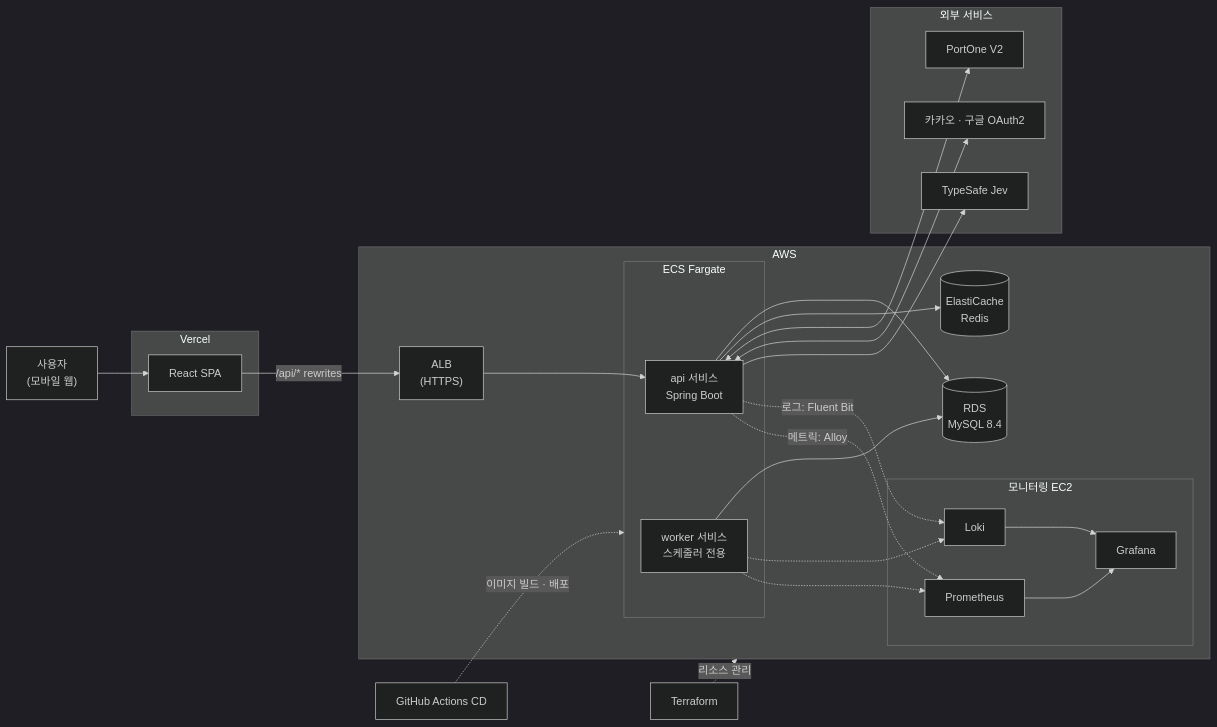
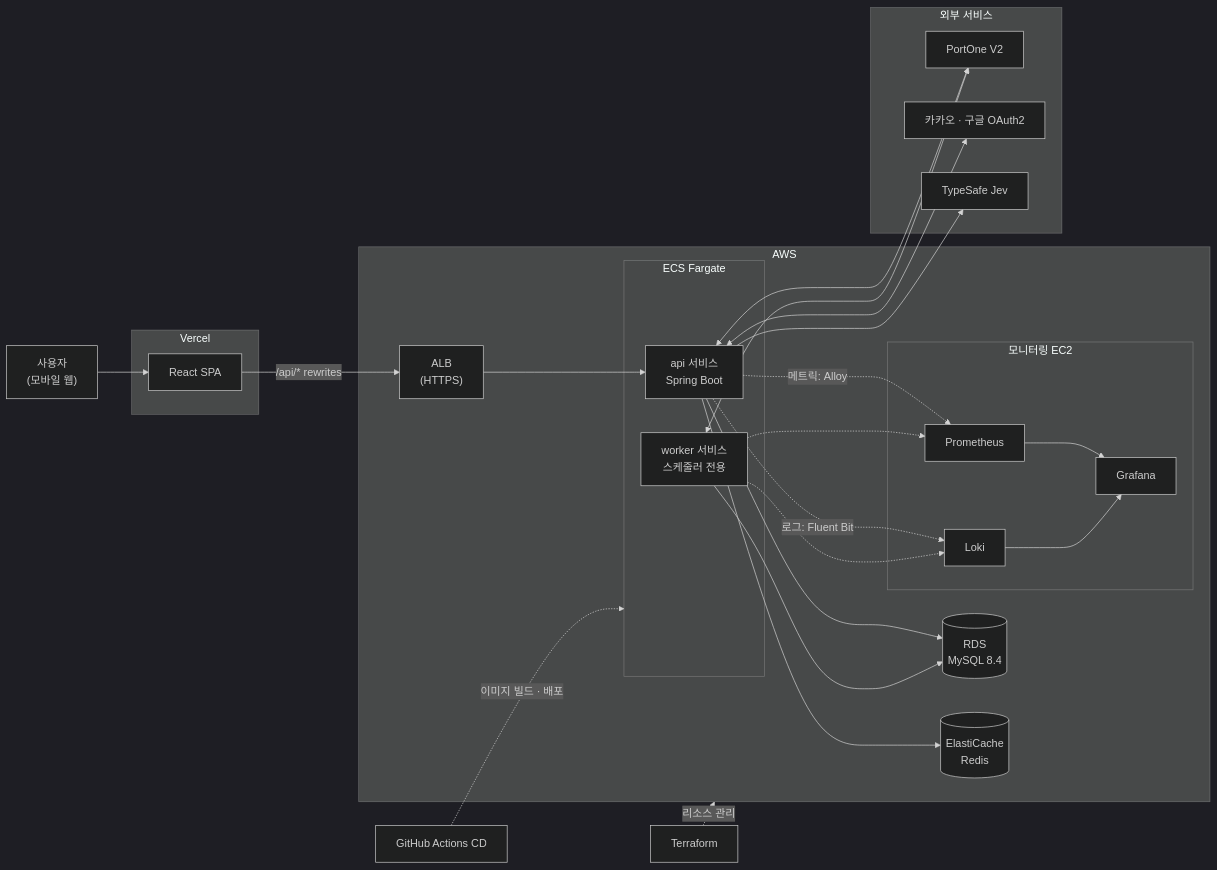
The diagram in README.md (attraction-final/attraction-reservation), drawn with Mermaid (dark theme) before and after one commit.

Commit message:
README 아키텍처 다이어그램에 worker와 PortOne 연결 추가

````diff
--- a/README.md
+++ b/README.md
@@ -85,50 +85,51 @@
 ```mermaid
 flowchart LR
     U["사용자<br/>(모바일 웹)"]
 
     subgraph VC["Vercel"]
         FE["React SPA"]
     end
 
     subgraph AWS["AWS"]
         ALB["ALB<br/>(HTTPS)"]
         subgraph ECS["ECS Fargate"]
             API["api 서비스<br/>Spring Boot"]
             WK["worker 서비스<br/>스케줄러 전용"]
         end
         RDS[("RDS<br/>MySQL 8.4")]
         RD[("ElastiCache<br/>Redis")]
         subgraph MON["모니터링 EC2"]
             PM["Prometheus"]
             LK["Loki"]
             GF["Grafana"]
         end
     end
 
     subgraph EXT["외부 서비스"]
         PO["PortOne V2"]
         OA["카카오 · 구글 OAuth2"]
         JEV["TypeSafe Jev"]
     end
 
     GHA["GitHub Actions CD"]
     TF["Terraform"]
 
     U --> FE
     FE -->|"/api/* rewrites"| ALB
     ALB --> API
     API --> RDS
     API --> RD
     WK --> RDS
     API <--> PO
+    WK <--> PO
     API <--> OA
     API --> JEV
     API -.->|"로그: Fluent Bit"| LK
     API -.->|"메트릭: Alloy"| PM
     WK -.-> LK
     WK -.-> PM
     PM --> GF
     LK --> GF
     GHA -.->|"이미지 빌드 · 배포"| ECS
     TF -.->|"리소스 관리"| AWS
 ```
````
